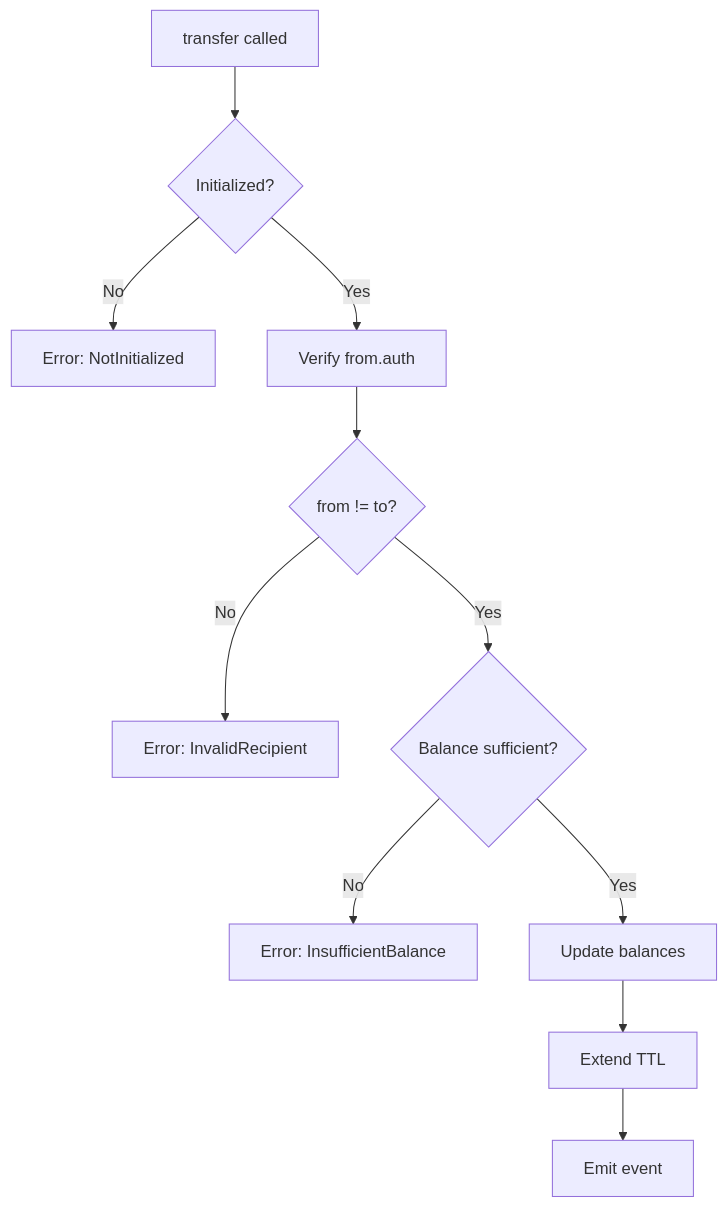
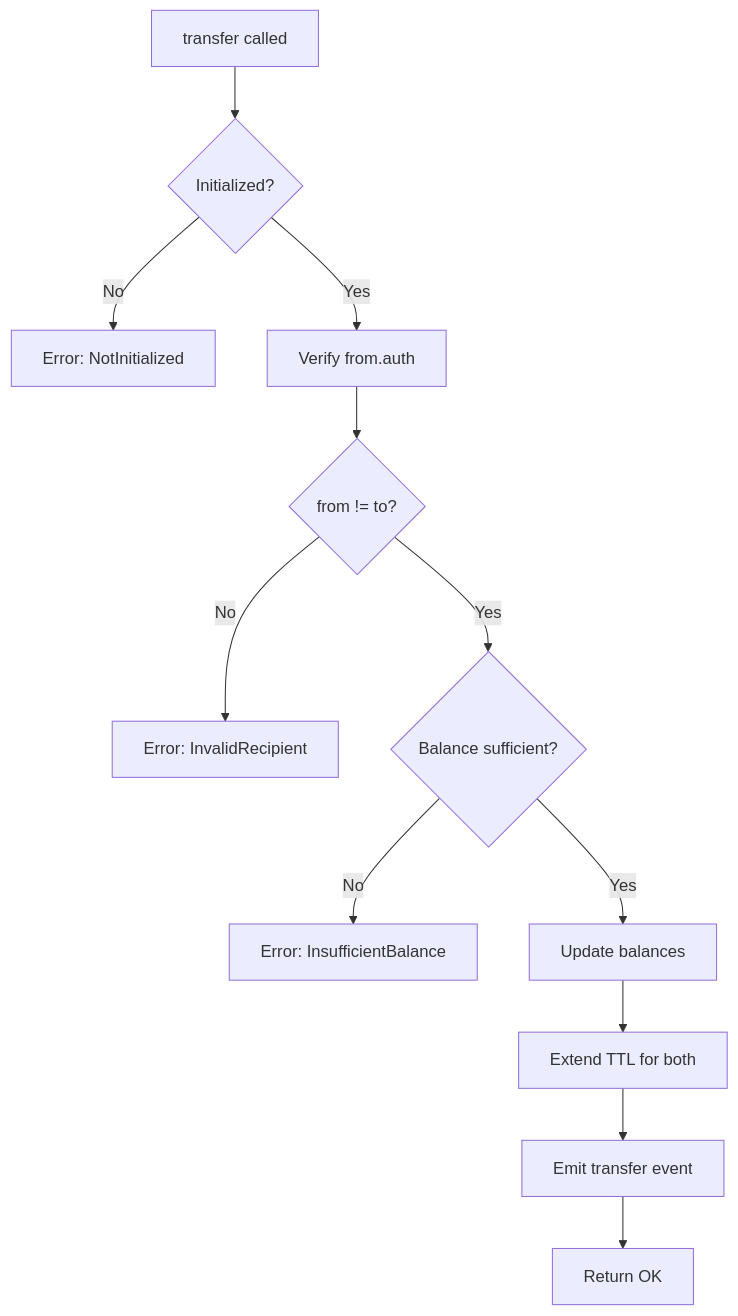
The second of 3 diagrams in 3er-semana-aplicacion/5-Clase/03-codigo-completo.md (BuenDia-Builders/codigofutura), drawn with Mermaid before and after one commit. The commit also changed other lines of this file, not shown here.

````diff
--- a/3er-semana-aplicacion/5-Clase/03-codigo-completo.md
+++ b/3er-semana-aplicacion/5-Clase/03-codigo-completo.md
@@ -612,13 +830,14 @@
 ```mermaid
 graph TD
     A[transfer called] --> B{Initialized?}
     B -->|No| C[Error: NotInitialized]
     B -->|Yes| D[Verify from.auth]
     D --> E{from != to?}
     E -->|No| F[Error: InvalidRecipient]
     E -->|Yes| G{Balance sufficient?}
     G -->|No| H[Error: InsufficientBalance]
     G -->|Yes| I[Update balances]
-    I --> J[Extend TTL]
-    J --> K[Emit event]
+    I --> J[Extend TTL for both]
+    J --> K[Emit transfer event]
+    K --> L[Return OK]
 ```
````
